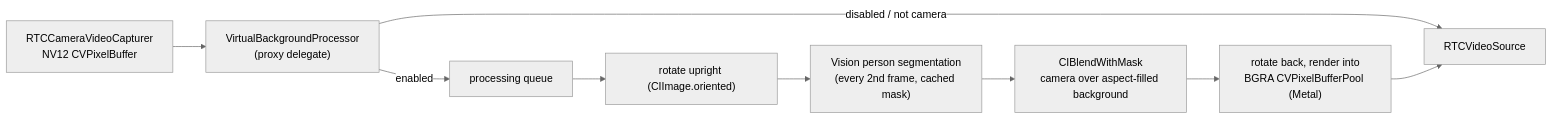
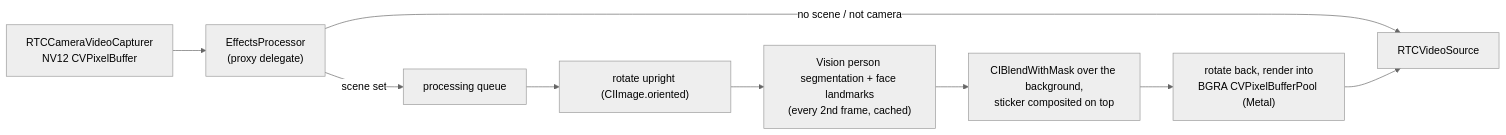
One commit to maitrungduc1410/WebRTC-Demo changed diagram 16 of 18 in ARCHITECTURE.md. Above: the diagram before and after it, drawn with Mermaid (neutral theme). The commit also changed other lines of this file and 80 other files, not shown here.

First line of the commit message:
feat: add backgrounds and face stickers on all platforms Replace the single virtual background with a "Backgrounds and effects" picker on web, Android and iOS: none, two blur levels, pictures, looping videos and face-tracked stickers, with a live preview.

````diff
--- a/ARCHITECTURE.md
+++ b/ARCHITECTURE.md
@@ -679,11 +721,11 @@
 ```mermaid
 flowchart LR
-    CAM["RTCCameraVideoCapturer<br/>NV12 CVPixelBuffer"] --> VBP["VirtualBackgroundProcessor<br/>(proxy delegate)"]
-    VBP -- "disabled / not camera" --> SRC["RTCVideoSource"]
-    VBP -- "enabled" --> Q["processing queue"]
+    CAM["RTCCameraVideoCapturer<br/>NV12 CVPixelBuffer"] --> EP["EffectsProcessor<br/>(proxy delegate)"]
+    EP -- "no scene / not camera" --> SRC["RTCVideoSource"]
+    EP -- "scene set" --> Q["processing queue"]
     Q --> UP["rotate upright (CIImage.oriented)"]
-    UP --> VN["Vision person segmentation<br/>(every 2nd frame, cached mask)"]
-    VN --> BL["CIBlendWithMask<br/>camera over aspect-filled background"]
+    UP --> VN["Vision person segmentation + face landmarks<br/>(every 2nd frame, cached)"]
+    VN --> BL["CIBlendWithMask over the background,<br/>sticker composited on top"]
     BL --> RB["rotate back, render into<br/>BGRA CVPixelBufferPool (Metal)"]
     RB --> SRC
 ```
````
